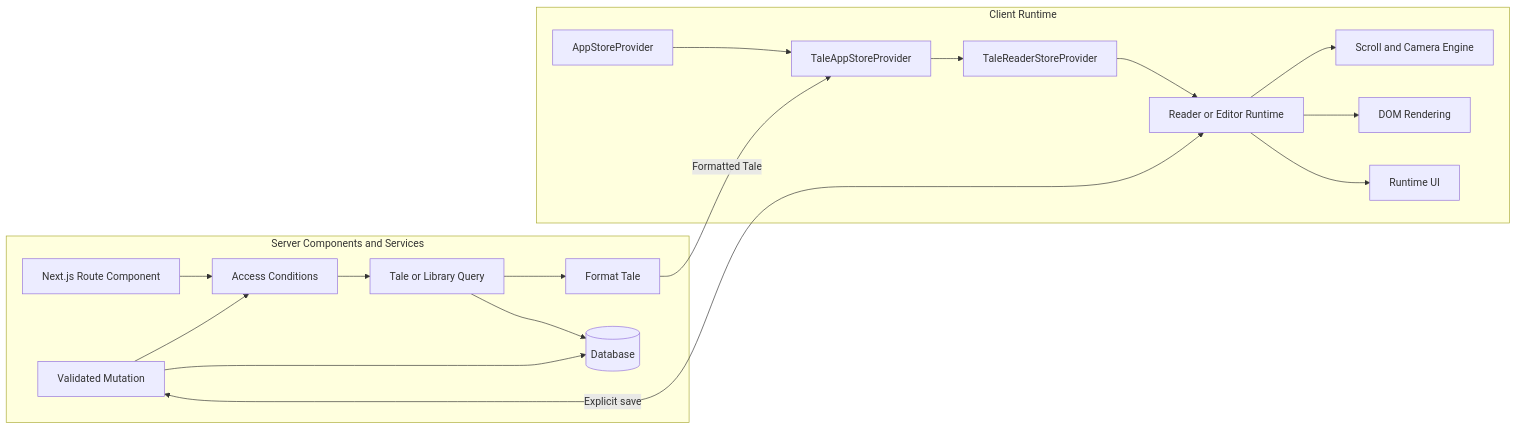
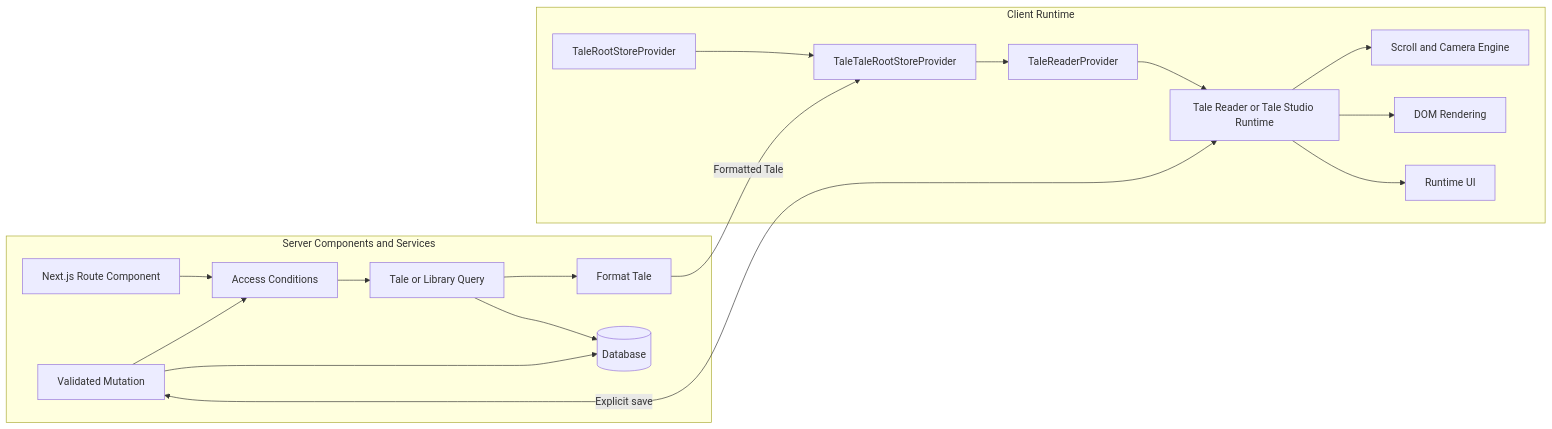
The second of 6 diagrams in docs/application-architecture.md (hexvictor/talescape), drawn with Mermaid before and after one commit. The commit also changed other lines of this file and 533 other files, not shown here.

First line of the commit message:
feat(reader): complete autoplay and studio experience

````diff
--- a/docs/application-architecture.md
+++ b/docs/application-architecture.md
@@ -46,32 +50,32 @@
 ```mermaid
 flowchart LR
     subgraph Server[Server Components and Services]
         Route[Next.js Route Component]
         Authz[Access Conditions]
         Query[Tale or Library Query]
         Format[Format Tale]
         Mutation[Validated Mutation]
         DB[(Database)]
         Route --> Authz --> Query --> DB
         Query --> Format
         Mutation --> Authz
         Mutation --> DB
     end
 
     subgraph Client[Client Runtime]
-        AppProvider[AppStoreProvider]
-        DocumentProvider[TaleAppStoreProvider]
-        RuntimeProvider[TaleReaderStoreProvider]
-        Runtime[Reader or Editor Runtime]
+        AppProvider[TaleRootStoreProvider]
+        DocumentProvider[TaleTaleRootStoreProvider]
+        RuntimeProvider[TaleReaderProvider]
+        Runtime[Tale Reader or Tale Studio Runtime]
         Engine[Scroll and Camera Engine]
         DOM[DOM Rendering]
         UI[Runtime UI]
-		AppProvider --> DocumentProvider --> RuntimeProvider --> Runtime
+        AppProvider --> DocumentProvider --> RuntimeProvider --> Runtime
         Runtime --> Engine
         Runtime --> DOM
         Runtime --> UI
     end
 
     Format -->|Formatted Tale| DocumentProvider
     Mutation <-->|Explicit save| Runtime
 ```
````
